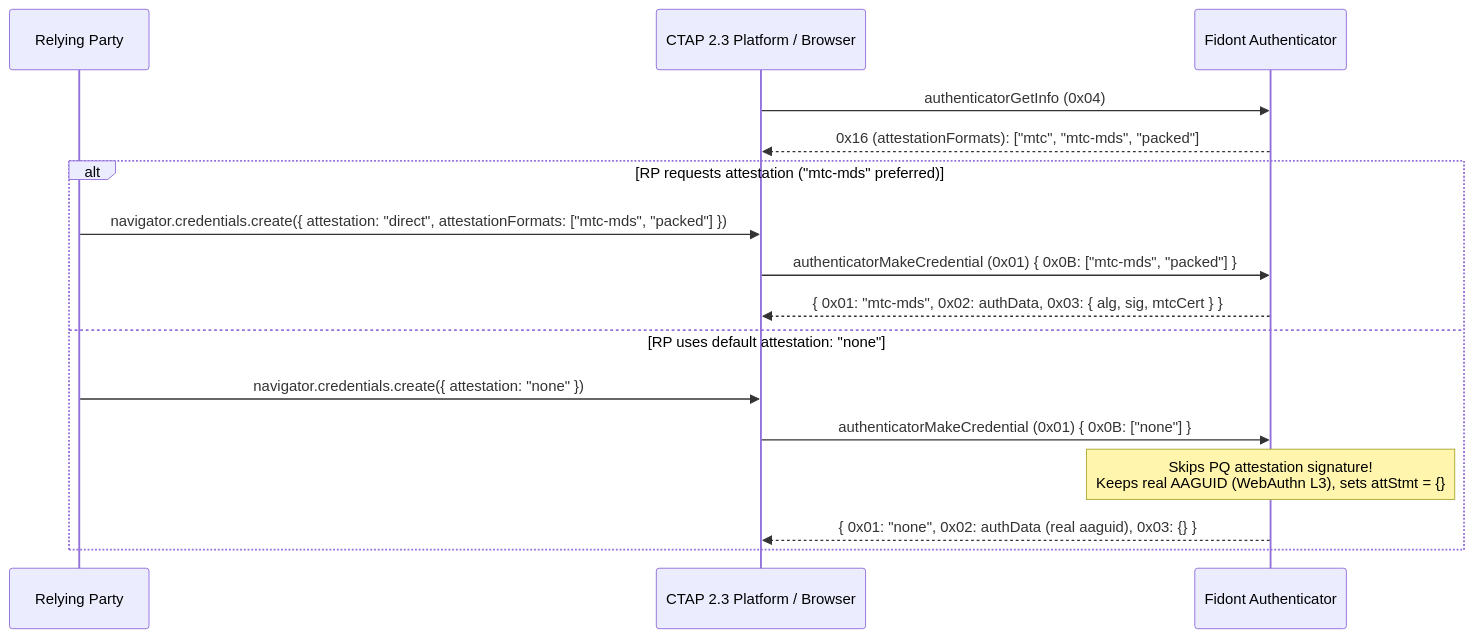
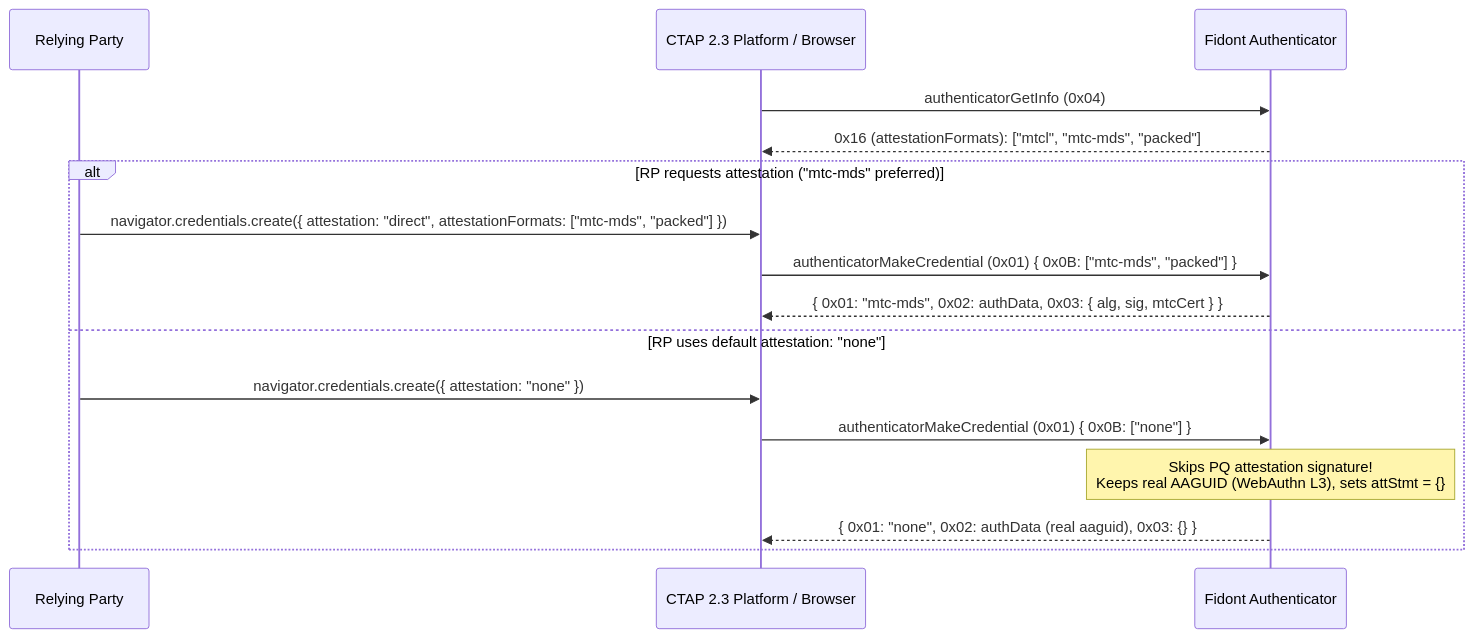
One commit to ve7jtb/ve7jtb.github.io changed the second of 4 diagrams in pq_mtc_attestation_proposal.md. Above: the diagram before and after it, drawn with Mermaid. The commit also changed other lines of this file and 9 other files, not shown here.

Commit message:
Rename inline MTC attestation format to mtcl (Merkle Tree Certificate Large)

````diff
--- a/pq_mtc_attestation_proposal.md
+++ b/pq_mtc_attestation_proposal.md
@@ -435,19 +435,19 @@
 ```mermaid
 sequenceDiagram
     participant RP as Relying Party
     participant Client as CTAP 2.3 Platform / Browser
     participant Authnr as Fidont Authenticator
 
     Client->>Authnr: authenticatorGetInfo (0x04)
-    Authnr-->>Client: 0x16 (attestationFormats): ["mtc", "mtc-mds", "packed"]
+    Authnr-->>Client: 0x16 (attestationFormats): ["mtcl", "mtc-mds", "packed"]
     alt RP requests attestation ("mtc-mds" preferred)
         RP->>Client: navigator.credentials.create({ attestation: "direct", attestationFormats: ["mtc-mds", "packed"] })
         Client->>Authnr: authenticatorMakeCredential (0x01) { 0x0B: ["mtc-mds", "packed"] }
         Authnr-->>Client: { 0x01: "mtc-mds", 0x02: authData, 0x03: { alg, sig, mtcCert } }
     else RP uses default attestation: "none"
         RP->>Client: navigator.credentials.create({ attestation: "none" })
         Client->>Authnr: authenticatorMakeCredential (0x01) { 0x0B: ["none"] }
         Note over Authnr: Skips PQ attestation signature!<br/>Keeps real AAGUID (WebAuthn L3), sets attStmt = {}
         Authnr-->>Client: { 0x01: "none", 0x02: authData (real aaguid), 0x03: {} }
     end
 ```
````
